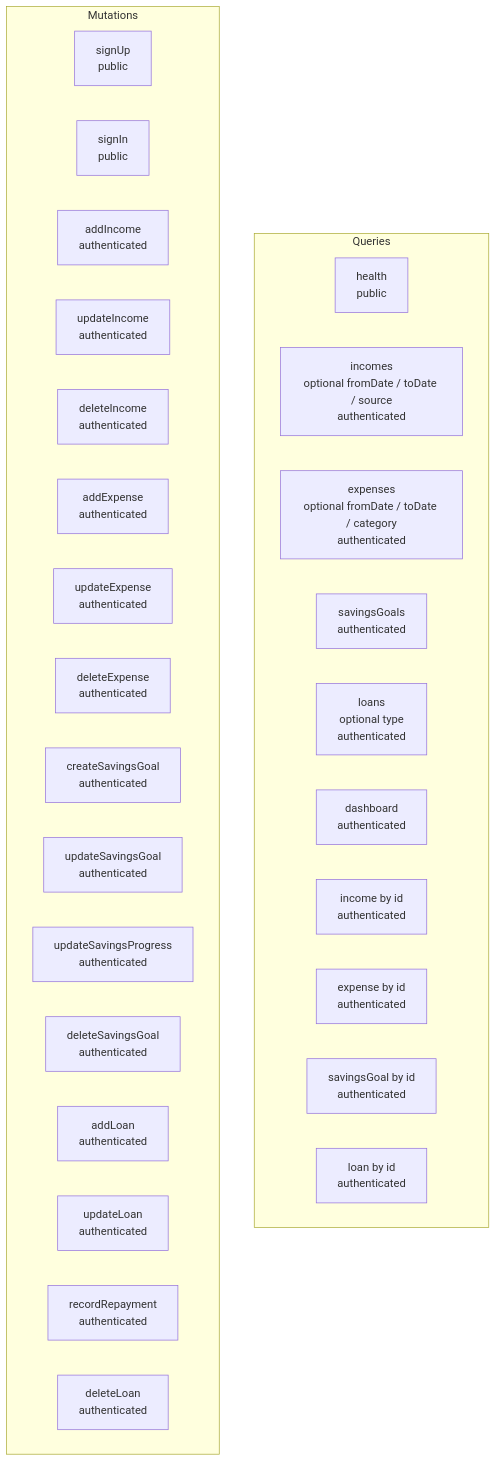
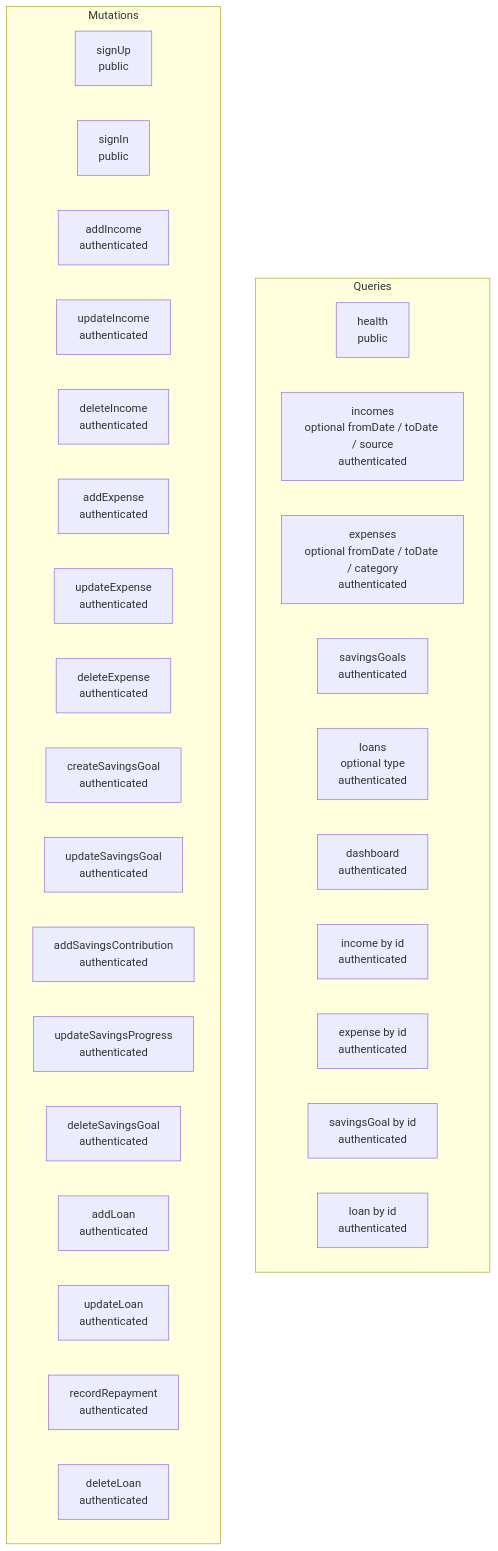
The first of 12 diagrams in docs/phases/PHASE-4-graphql-api.md (dev-personal-projects/vela), drawn with Mermaid before and after one commit. The commit also changed other lines of this file and 9 other files, not shown here.

First line of the commit message:
✨ feat: add savings contribution mutation to GraphQL API

````diff
--- a/docs/phases/PHASE-4-graphql-api.md
+++ b/docs/phases/PHASE-4-graphql-api.md
@@ -46,34 +46,35 @@
 ```mermaid
 flowchart TB
     subgraph Queries
         QH[health\npublic]
         QI[incomes\noptional fromDate / toDate / source\nauthenticated]
         QE[expenses\noptional fromDate / toDate / category\nauthenticated]
         QS[savingsGoals\nauthenticated]
         QL[loans\noptional type\nauthenticated]
         QD[dashboard\nauthenticated]
         QI1[income by id\nauthenticated]
         QE1[expense by id\nauthenticated]
         QS1[savingsGoal by id\nauthenticated]
         QL1[loan by id\nauthenticated]
     end
 
     subgraph Mutations
         MSU[signUp\npublic]
         MSI[signIn\npublic]
         MI[addIncome\nauthenticated]
         MIU[updateIncome\nauthenticated]
         MID[deleteIncome\nauthenticated]
         ME[addExpense\nauthenticated]
         MEU[updateExpense\nauthenticated]
         MED[deleteExpense\nauthenticated]
         MS[createSavingsGoal\nauthenticated]
         MSU2[updateSavingsGoal\nauthenticated]
+        MSC[addSavingsContribution\nauthenticated]
         MSP[updateSavingsProgress\nauthenticated]
         MSD[deleteSavingsGoal\nauthenticated]
         ML[addLoan\nauthenticated]
         MLU[updateLoan\nauthenticated]
         MR[recordRepayment\nauthenticated]
         MLD[deleteLoan\nauthenticated]
     end
 ```
````
